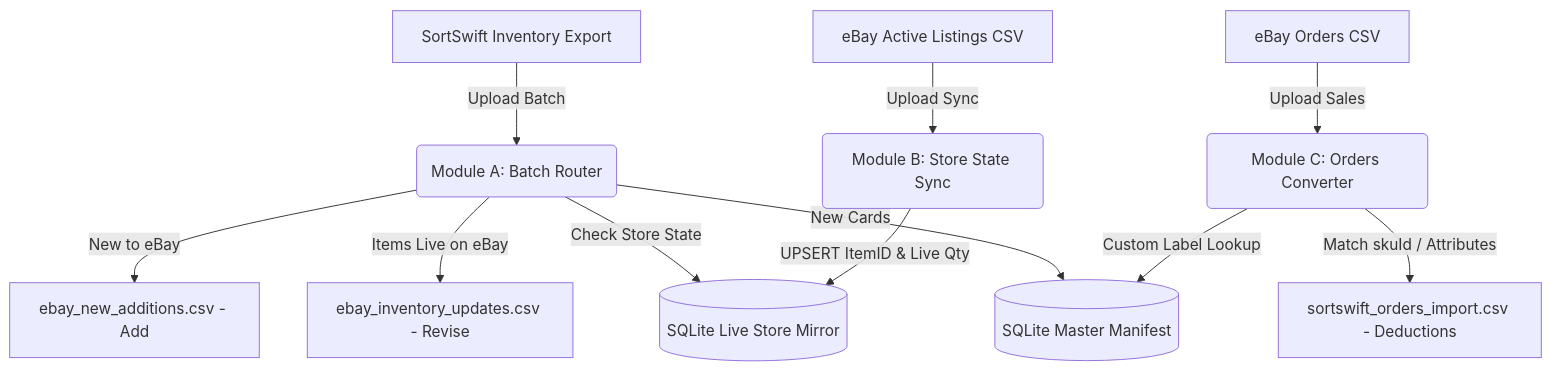
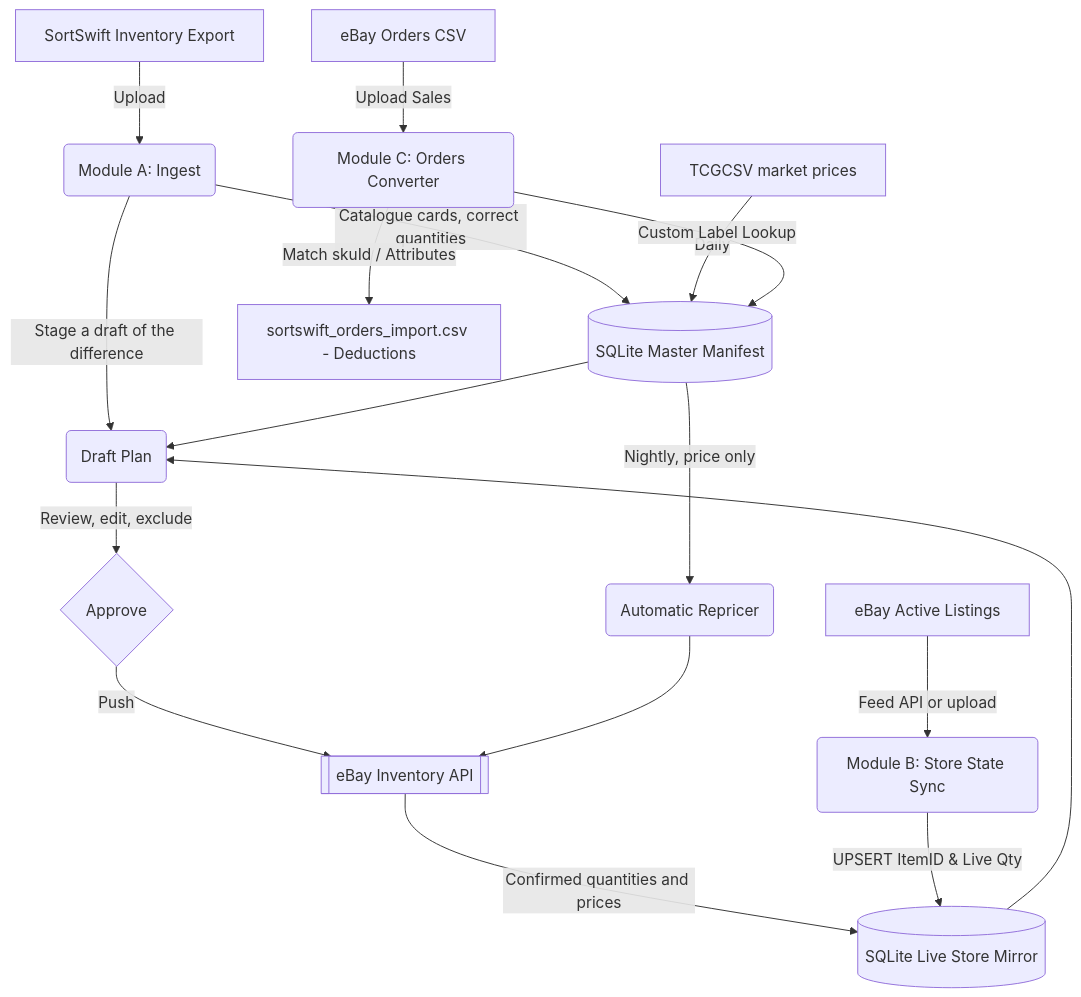
The diagram in README.md (mrhappyasthma/TCG-Inventory-Middleware), drawn with Mermaid before and after one commit. The commit also changed other lines of this file and 4 other files, not shown here.

````diff
--- a/README.md
+++ b/README.md
@@ -11,15 +11,22 @@
 ```mermaid
 graph TD
-    A[SortSwift Inventory Export] -->|Upload Batch| B(Module A: Batch Router)
-    B -->|New Cards| C[(SQLite Master Manifest)]
-    B -->|Check Store State| D[(SQLite Live Store Mirror)]
-    B -->|Items Live on eBay| E[ebay_inventory_updates.csv - Revise]
-    B -->|New to eBay| F[ebay_new_additions.csv - Add]
+    A[SortSwift Inventory Export] -->|Upload| B(Module A: Ingest)
+    B -->|Catalogue cards, correct quantities| C[(SQLite Master Manifest)]
+    B -->|Stage a draft of the difference| P(Draft Plan)
+    C --> P
+    D[(SQLite Live Store Mirror)] --> P
+    P -->|Review, edit, exclude| Q{Approve}
+    Q -->|Push| R[[eBay Inventory API]]
+    R -->|Confirmed quantities and prices| D
+
+    S[TCGCSV market prices] -->|Daily| C
+    C -->|Nightly, price only| T(Automatic Repricer)
+    T --> R
 
     G[eBay Orders CSV] -->|Upload Sales| H(Module C: Orders Converter)
     H -->|Custom Label Lookup| C
     H -->|Match skuId / Attributes| I[sortswift_orders_import.csv - Deductions]
 
-    J[eBay Active Listings CSV] -->|Upload Sync| K(Module B: Store State Sync)
+    J[eBay Active Listings] -->|Feed API or upload| K(Module B: Store State Sync)
     K -->|UPSERT ItemID & Live Qty| D
 ```
````
